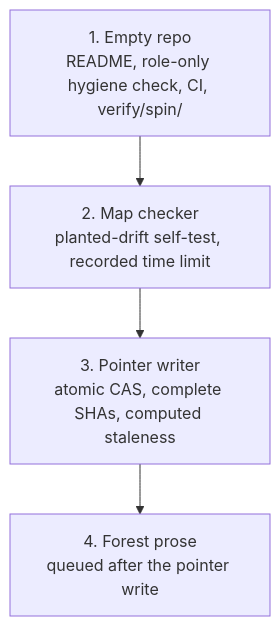
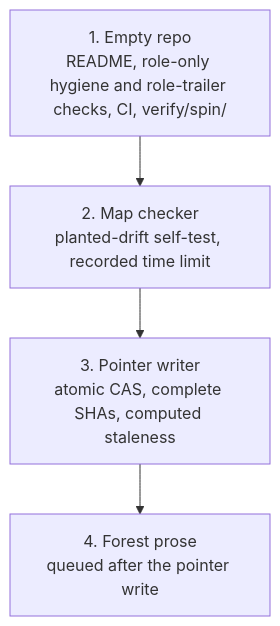
The seventh of 8 diagrams in README.md (si4ai/repo-context-optimizer), drawn with Mermaid before and after one commit. The commit also changed other lines of this file, not shown here.

Commit message:
README: update sequence, command map, grok-tui on the team, role-trailer check in slice 1

````diff
--- a/README.md
+++ b/README.md
@@ -294,7 +329,7 @@
 ```mermaid
 flowchart TD
-    S1["1. Empty repo<br/>README, role-only hygiene check, CI, verify/spin/"] --> S2
+    S1["1. Empty repo<br/>README, role-only hygiene and role-trailer checks, CI, verify/spin/"] --> S2
     S2["2. Map checker<br/>planted-drift self-test, recorded time limit"] --> S3
     S3["3. Pointer writer<br/>atomic CAS, complete SHAs, computed staleness"] --> S4
     S4["4. Forest prose<br/>queued after the pointer write"]
 ```
````
